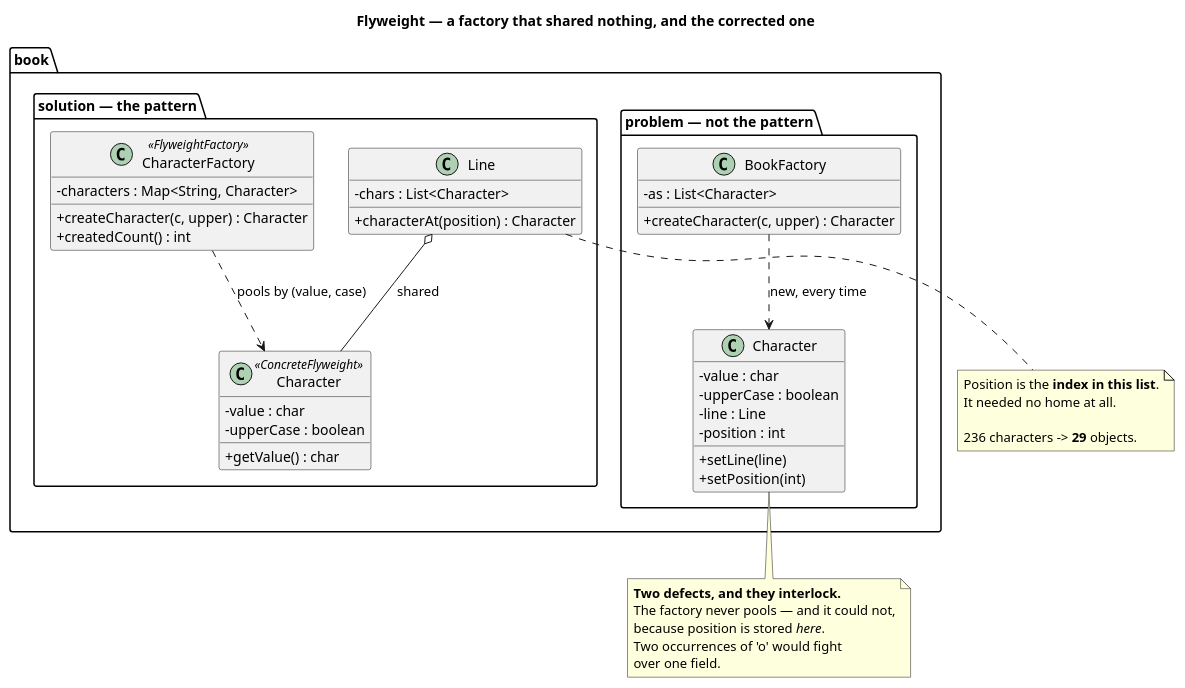
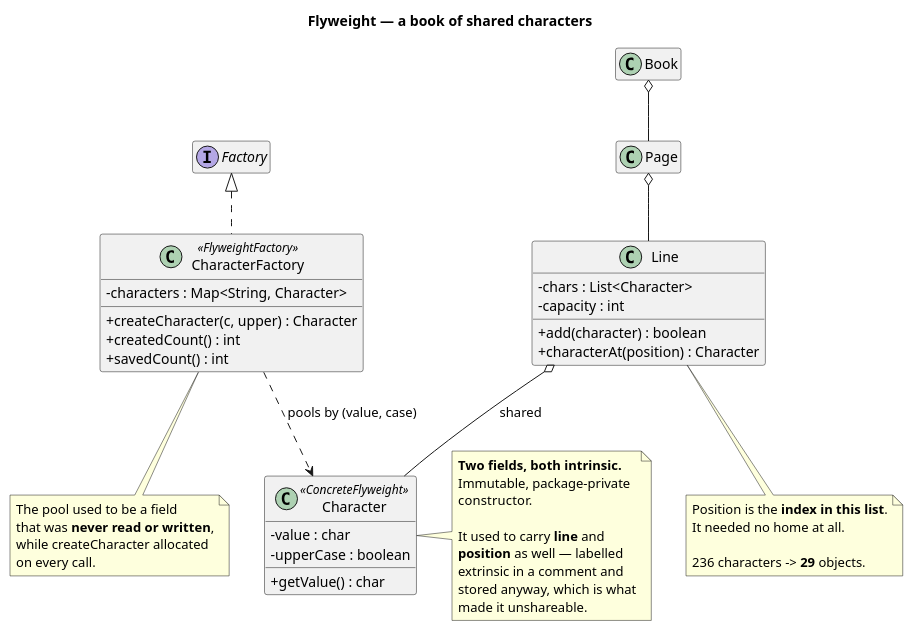
One commit to kaldiroglu/DesignPatternsWithJava changed the diagram in src/main/java/dev/kaldiroglu/dp/structural/flyweight/book/uml/Flyweight - Book - Class Diagram.puml. Above: the diagram before and after it, drawn with PlantUML. The commit also changed 44 other files, not shown here.

First line of the commit message:
Fix the book example in place, and drop the circles one

```diff
--- a/src/main/java/dev/kaldiroglu/dp/structural/flyweight/book/uml/Flyweight - Book - Class Diagram.puml
+++ b/src/main/java/dev/kaldiroglu/dp/structural/flyweight/book/uml/Flyweight - Book - Class Diagram.puml
@@ -1,57 +1,62 @@
 @startuml "Flyweight - Book - Class Diagram"
 skinparam classAttributeIconSize 0
 hide empty members
-title Flyweight — a factory that shared nothing, and the corrected one
+title Flyweight — a book of shared characters
 
 
-package "book.problem — not the pattern" {
-  class "Character" as PC {
-    - value : char
-    - upperCase : boolean
-    - line : Line
-    - position : int
-    + setLine(line)
-    + setPosition(int)
-  }
-  class "BookFactory" as PF {
-    - as : List<Character>
-    + createCharacter(c, upper) : Character
-  }
-  PF ..> PC : "new, every time"
+class Character <<ConcreteFlyweight>> {
+  - value : char
+  - upperCase : boolean
+  + getValue() : char
 }
 
-package "book.solution — the pattern" {
-  class "Character" as SC <<ConcreteFlyweight>> {
-    - value : char
-    - upperCase : boolean
-    + getValue() : char
-  }
-  class "CharacterFactory" as SF <<FlyweightFactory>> {
-    - characters : Map<String, Character>
-    + createCharacter(c, upper) : Character
-    + createdCount() : int
-  }
-  class "Line" as SL {
-    - chars : List<Character>
-    + characterAt(position) : Character
-  }
-  SF ..> SC : "pools by (value, case)"
-  SL o-- SC : "shared"
+class CharacterFactory <<FlyweightFactory>> {
+  - characters : Map<String, Character>
+  + createCharacter(c, upper) : Character
+  + createdCount() : int
+  + savedCount() : int
 }
 
-note bottom of PC
-  <b>Two defects, and they interlock.</b>
-  The factory never pools — and it could not,
-  because position is stored <i>here</i>.
-  Two occurrences of 'o' would fight
-  over one field.
+interface Factory
+class Line {
+  - chars : List<Character>
+  - capacity : int
+  + add(character) : boolean
+  + characterAt(position) : Character
+}
+class Page
+class Book
+
+Factory <|.. CharacterFactory
+CharacterFactory ..> Character : "pools by (value, case)"
+Line o-- Character : "shared"
+Page o-- Line
+Book o-- Page
+
+note right of Character
+  <b>Two fields, both intrinsic.</b>
+  Immutable, package-private
+  constructor.
+
+  It used to carry <b>line</b> and
+  <b>position</b> as well — labelled
+  extrinsic in a comment and
+  stored anyway, which is what
+  made it unshareable.
 end note
 
-note bottom of SL
+note bottom of Line
   Position is the <b>index in this list</b>.
   It needed no home at all.
 
   236 characters -> <b>29</b> objects.
 end note
 
+note bottom of CharacterFactory
+  The pool used to be a field
+  that was <b>never read or written</b>,
+  while createCharacter allocated
+  on every call.
+end note
+
 @enduml
```
